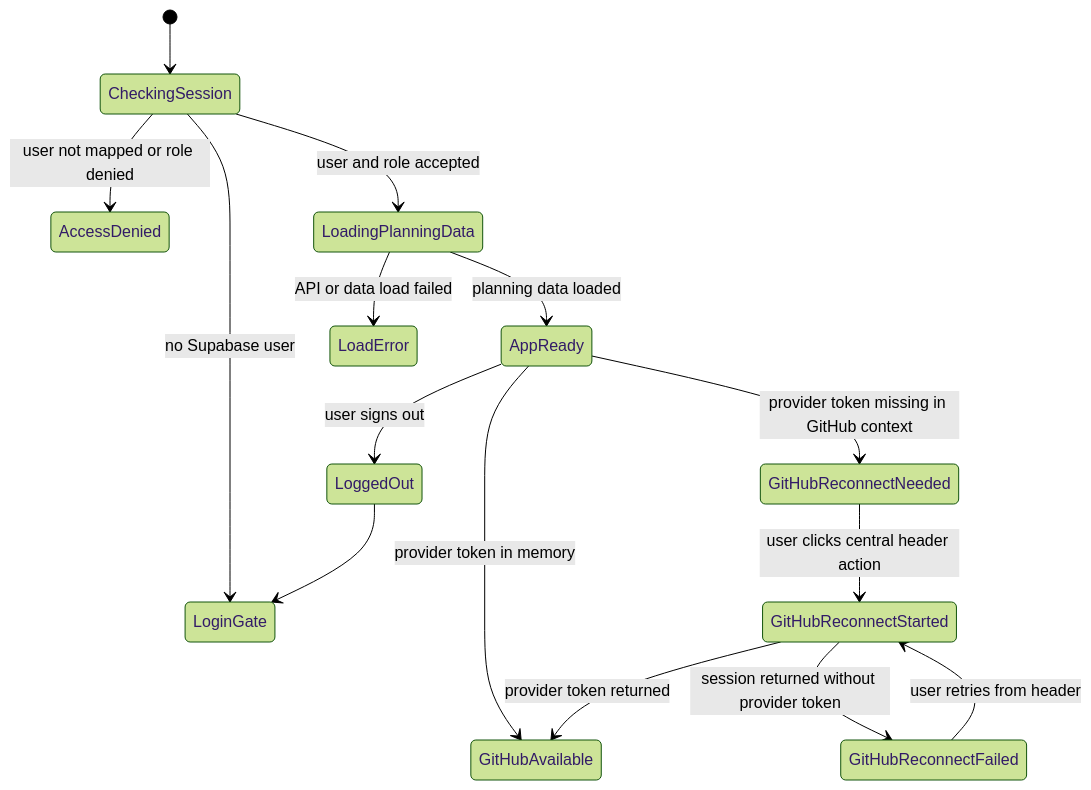
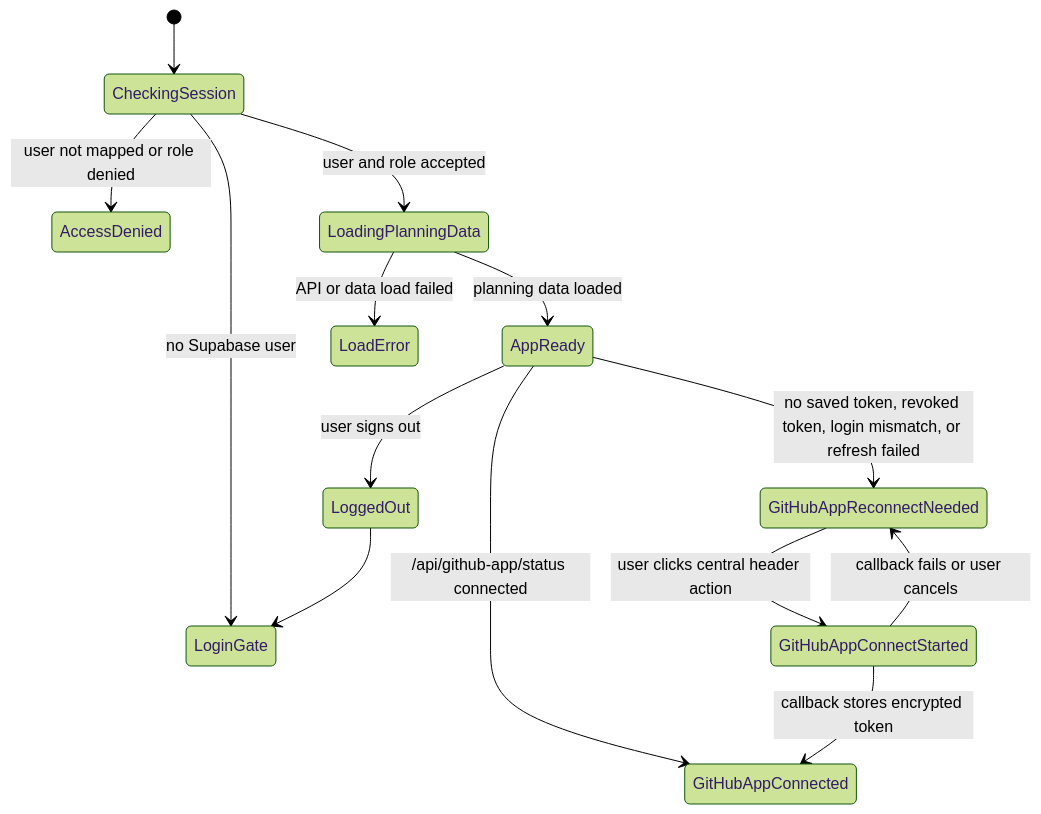
One commit to findmydoc-platform/founder-scoreboard-v2 changed the fourth of 5 diagrams in docs/auth-flow.md. Above: the diagram before and after it, drawn with Mermaid (forest theme). The commit also changed other lines of this file and 50 other files, not shown here.

First line of the commit message:
Add reload-stable GitHub App integration

````diff
--- a/docs/auth-flow.md
+++ b/docs/auth-flow.md
@@ -54,17 +83,16 @@
 ```mermaid
 stateDiagram-v2
   [*] --> CheckingSession
   CheckingSession --> LoginGate: no Supabase user
   CheckingSession --> AccessDenied: user not mapped or role denied
   CheckingSession --> LoadingPlanningData: user and role accepted
   LoadingPlanningData --> AppReady: planning data loaded
   LoadingPlanningData --> LoadError: API or data load failed
-  AppReady --> GitHubAvailable: provider token in memory
-  AppReady --> GitHubReconnectNeeded: provider token missing in GitHub context
-  GitHubReconnectNeeded --> GitHubReconnectStarted: user clicks central header action
-  GitHubReconnectStarted --> GitHubAvailable: provider token returned
-  GitHubReconnectStarted --> GitHubReconnectFailed: session returned without provider token
-  GitHubReconnectFailed --> GitHubReconnectStarted: user retries from header
+  AppReady --> GitHubAppConnected: /api/github-app/status connected
+  AppReady --> GitHubAppReconnectNeeded: no saved token, revoked token, login mismatch, or refresh failed
+  GitHubAppReconnectNeeded --> GitHubAppConnectStarted: user clicks central header action
+  GitHubAppConnectStarted --> GitHubAppConnected: callback stores encrypted token
+  GitHubAppConnectStarted --> GitHubAppReconnectNeeded: callback fails or user cancels
   AppReady --> LoggedOut: user signs out
   LoggedOut --> LoginGate
 ```
````
